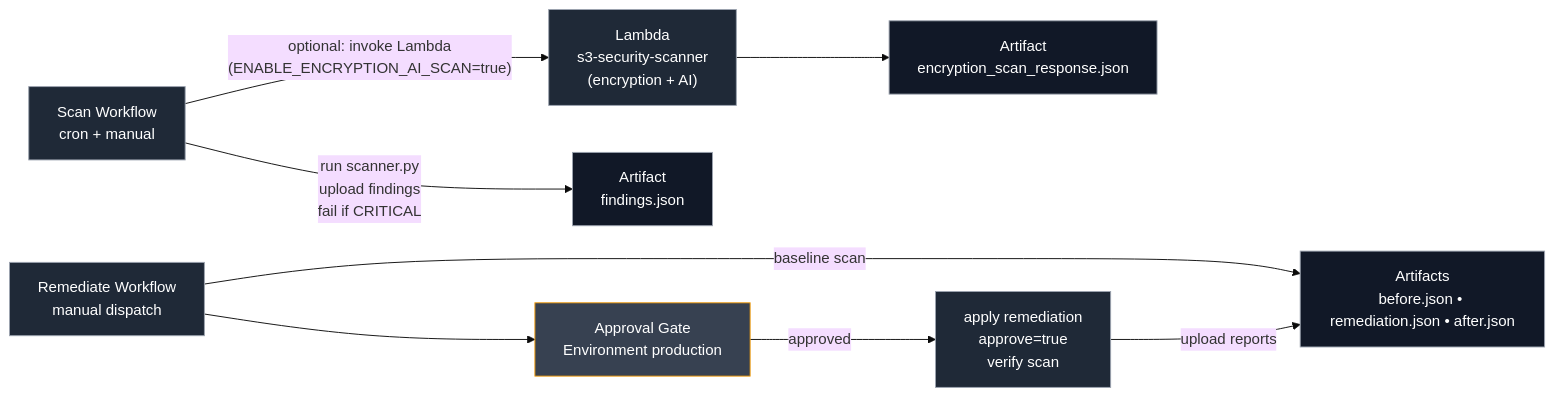
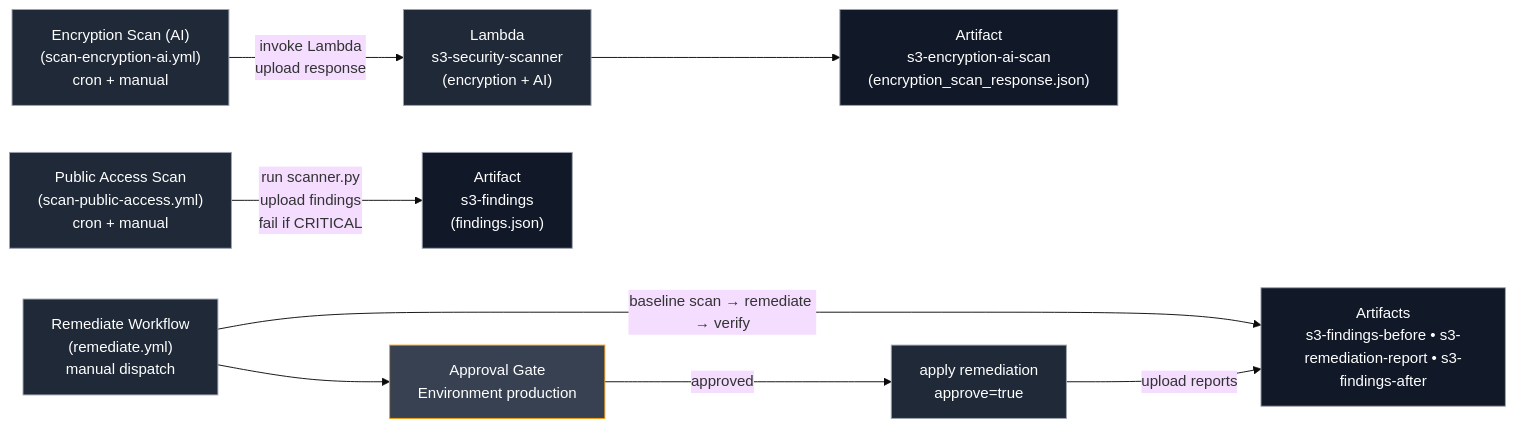
Before and after one commit to tanmayj-hub/aws-s3-security-guard: the first of 2 diagrams in README.md, drawn with Mermaid (base theme). The commit also changed other lines of this file and 2 other files, not shown here.

`````diff
--- a/README.md
+++ b/README.md
@@ -35,23 +35,24 @@
 ```mermaid
 flowchart LR
   classDef box fill:#1f2937,stroke:#9ca3af,color:#ffffff,stroke-width:1px;
   classDef store fill:#111827,stroke:#9ca3af,color:#ffffff,stroke-width:1px;
   classDef gate fill:#374151,stroke:#f59e0b,color:#ffffff,stroke-width:1px;
 
-  A1["Scan Workflow\ncron + manual"]:::box
-  A2["Remediate Workflow\nmanual dispatch"]:::box
+  A1["Public Access Scan\n(scan-public-access.yml)\ncron + manual"]:::box
+  A3["Encryption Scan (AI)\n(scan-encryption-ai.yml)\ncron + manual"]:::box
+  A2["Remediate Workflow\n(remediate.yml)\nmanual dispatch"]:::box
   GATE["Approval Gate\nEnvironment production"]:::gate
 
-  F1["Artifact\nfindings.json"]:::store
-  F3["Artifact\nencryption_scan_response.json"]:::store
-  F2["Artifacts\nbefore.json • remediation.json • after.json"]:::store
+  F1["Artifact\ns3-findings\n(findings.json)"]:::store
+  F3["Artifact\ns3-encryption-ai-scan\n(encryption_scan_response.json)"]:::store
+  F2["Artifacts\ns3-findings-before • s3-remediation-report • s3-findings-after"]:::store
 
   L1["Lambda\ns3-security-scanner\n(encryption + AI)"]:::box
 
   A1 -->|"run scanner.py\nupload findings\nfail if CRITICAL"| F1
-  A1 -->|"optional: invoke Lambda\n(ENABLE_ENCRYPTION_AI_SCAN=true)"| L1 --> F3
+  A3 -->|"invoke Lambda\nupload response"| L1 --> F3
 
-  A2 -->|"baseline scan"| F2
-  A2 --> GATE -->|"approved"| A2a["apply remediation\napprove=true\nverify scan"]:::box
+  A2 -->|"baseline scan → remediate → verify"| F2
+  A2 --> GATE -->|"approved"| A2a["apply remediation\napprove=true"]:::box
   A2a -->|"upload reports"| F2
 ````
`````
